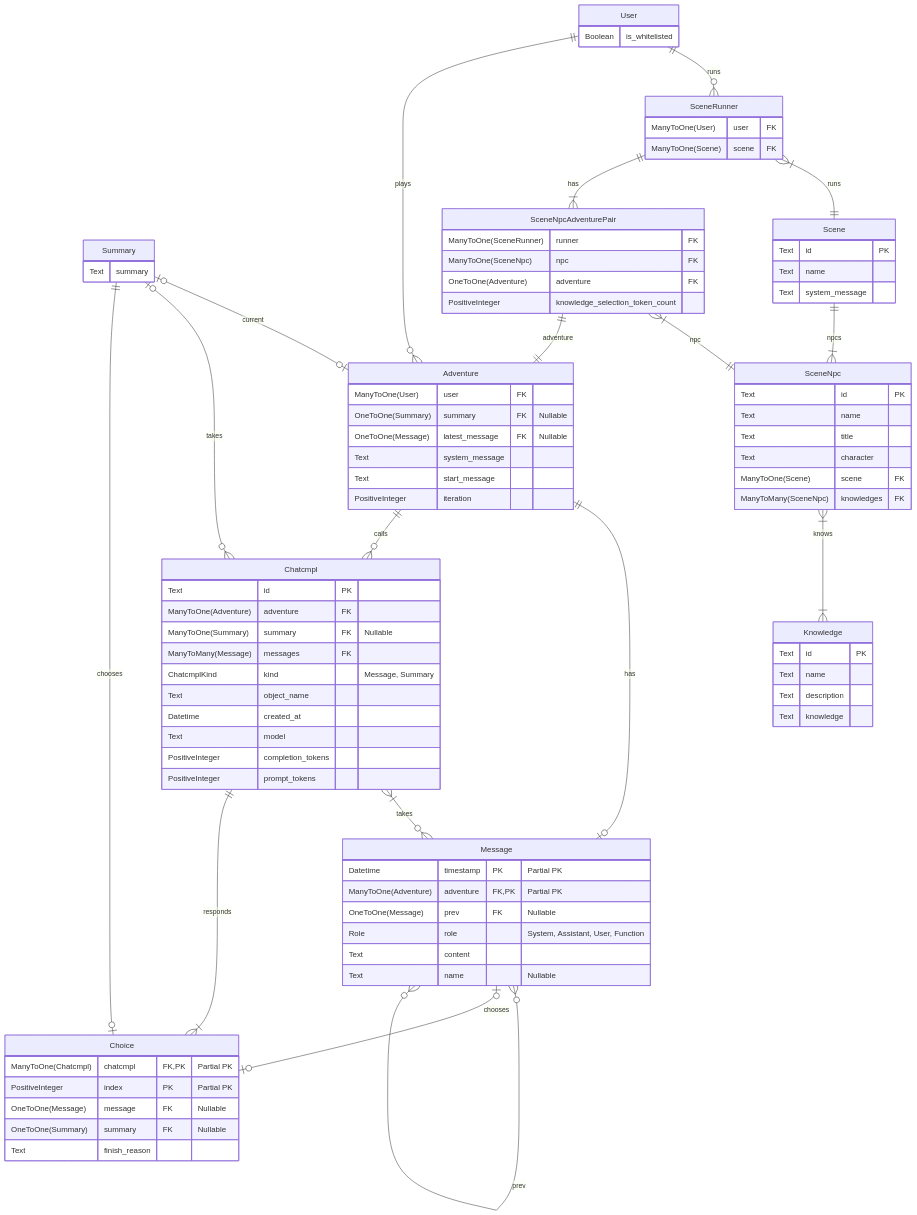
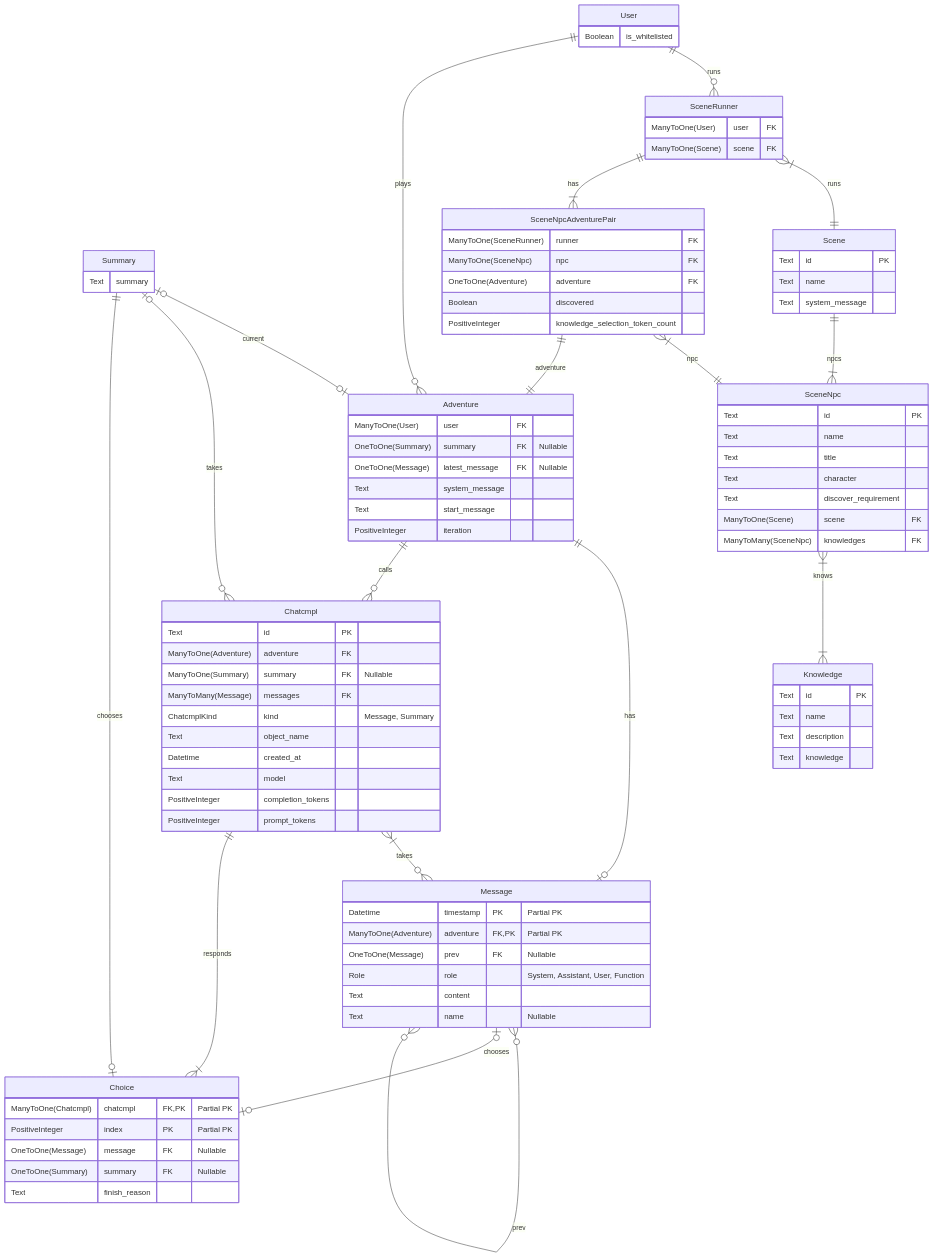
The third of 3 diagrams in README.md (LioQing/verbose-adventure), drawn with Mermaid before and after one commit. The commit also changed other lines of this file and 4 other files, not shown here.

```diff
--- a/README.md
+++ b/README.md
@@ -148,6 +150,7 @@
         ManyToOne(SceneRunner) runner FK
         ManyToOne(SceneNpc) npc FK
         OneToOne(Adventure) adventure FK
+        Boolean discovered
         PositiveInteger knowledge_selection_token_count
     }
 
@@ -156,6 +159,7 @@
         Text name
         Text title
         Text character
+        Text discover_requirement
         ManyToOne(Scene) scene FK
         ManyToMany(SceneNpc) knowledges FK
     }
```
